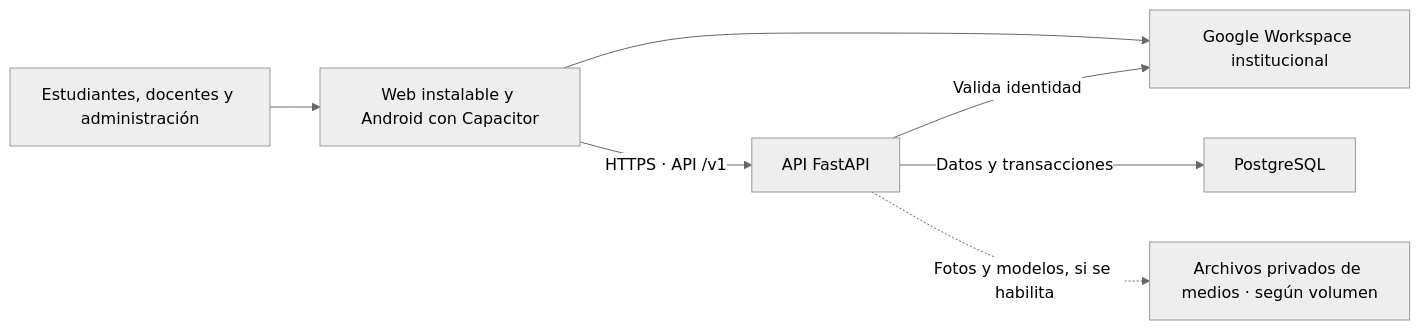
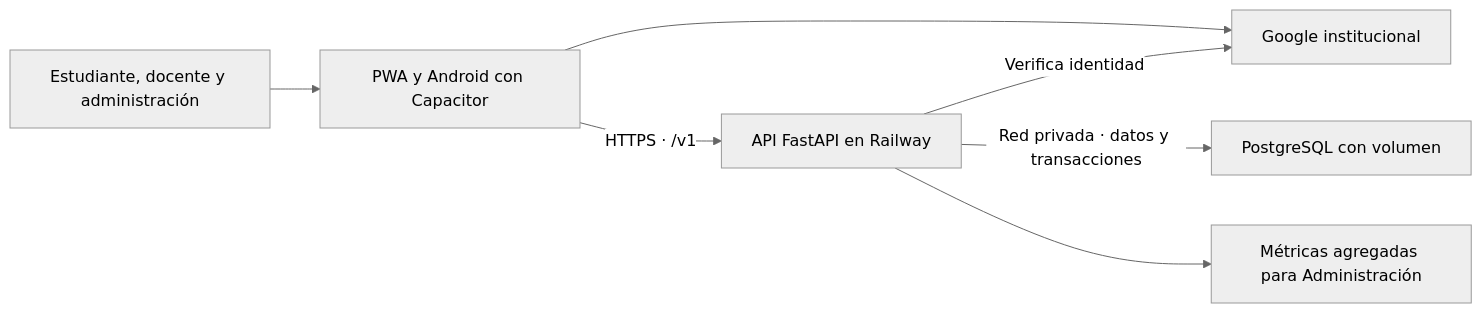
One commit to Sekkon0906/wallnut changed the diagram in docs/plan-de-desarrollo-y-arquitectura.md. Above: the diagram before and after it, drawn with Mermaid (neutral theme). The commit also changed other lines of this file and 3 other files, not shown here.

````diff
--- a/docs/plan-de-desarrollo-y-arquitectura.md
+++ b/docs/plan-de-desarrollo-y-arquitectura.md
@@ -22,15 +39,9 @@
 ```mermaid
 flowchart LR
-    U["Estudiantes, docentes y administración"]
-    W["Web instalable y Android con Capacitor"]
-    G["Google Workspace institucional"]
-    A["API FastAPI"]
-    D["PostgreSQL"]
-    M["Archivos privados de medios · según volumen"]
-    U --> W
-    W --> G
-    W -->|"HTTPS · API /v1"| A
-    A -->|"Valida identidad"| G
-    A -->|"Datos y transacciones"| D
-    A -.->|"Fotos y modelos, si se habilita"| M
+    P["Estudiante, docente y administración"] --> W["PWA y Android con Capacitor"]
+    W --> G["Google institucional"]
+    W -->|"HTTPS · /v1"| A["API FastAPI en Railway"]
+    A -->|"Verifica identidad"| G
+    A -->|"Red privada · datos y transacciones"| D["PostgreSQL con volumen"]
+    A --> E["Métricas agregadas para Administración"]
 ```
````
